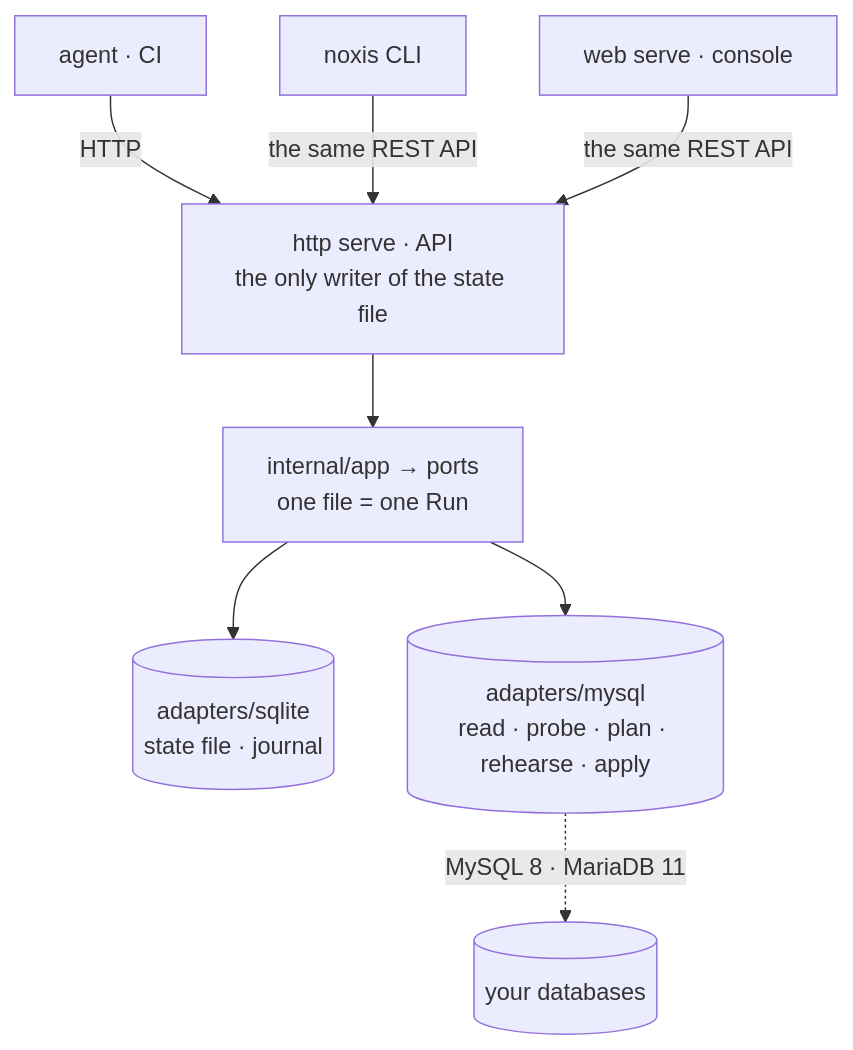
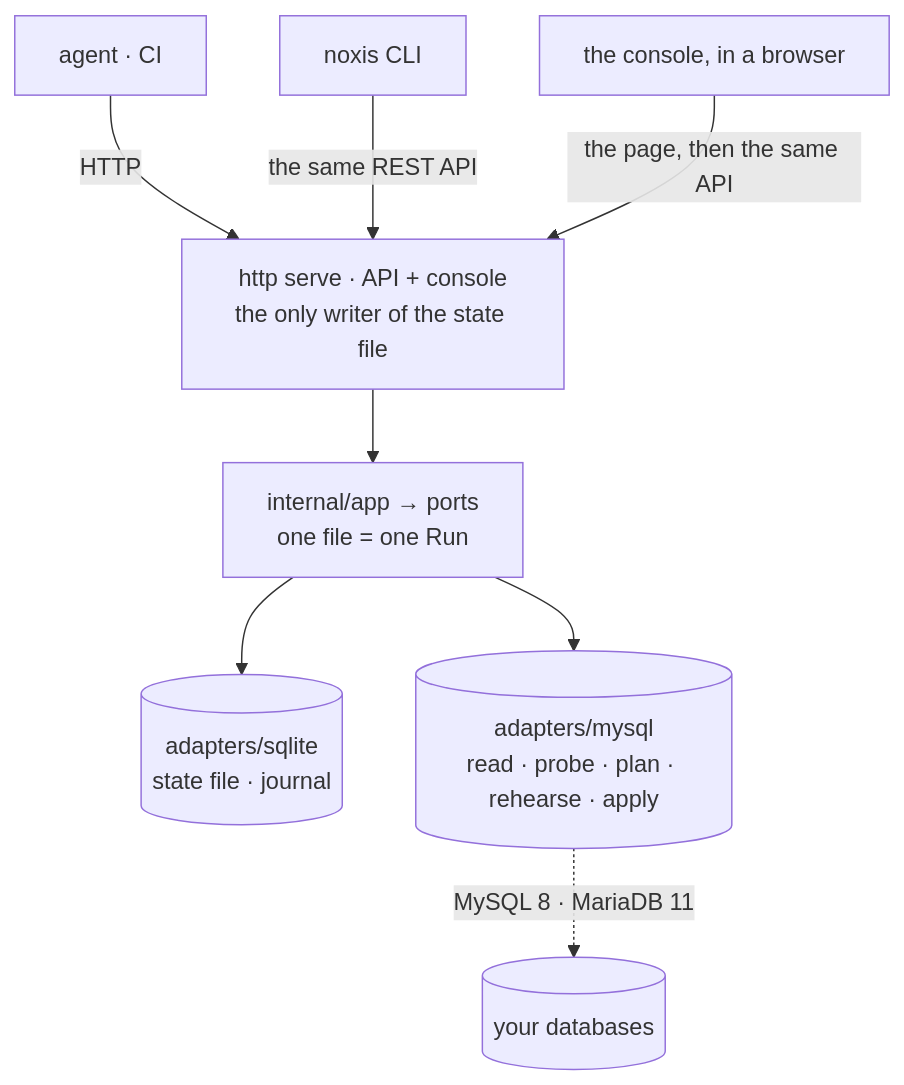
The second of 2 diagrams in README.md (dimasbaguspm/noxis), drawn with Mermaid before and after one commit. The commit also changed other lines of this file and 21 other files, not shown here.

````diff
--- a/README.md
+++ b/README.md
@@ -56,13 +56,13 @@
 ```mermaid
 flowchart TD
   C[agent · CI] -->|HTTP| API
   CLI[noxis CLI] -->|the same REST API| API
-  WEB[web serve · console] -->|the same REST API| API
+  BROWSER[the console, in a browser] -->|the page, then the same API| API
 
-  API["http serve · API<br/>the only writer of the state file"]
+  API["http serve · API + console<br/>the only writer of the state file"]
   API --> APP["internal/app → ports<br/>one file = one Run"]
   APP --> SQLITE[("adapters/sqlite<br/>state file · journal")]
   APP --> MYSQL[("adapters/mysql<br/>read · probe · plan · rehearse · apply")]
 
   MYSQL -.->|MySQL 8 · MariaDB 11| DB[(your databases)]
 ```
````
